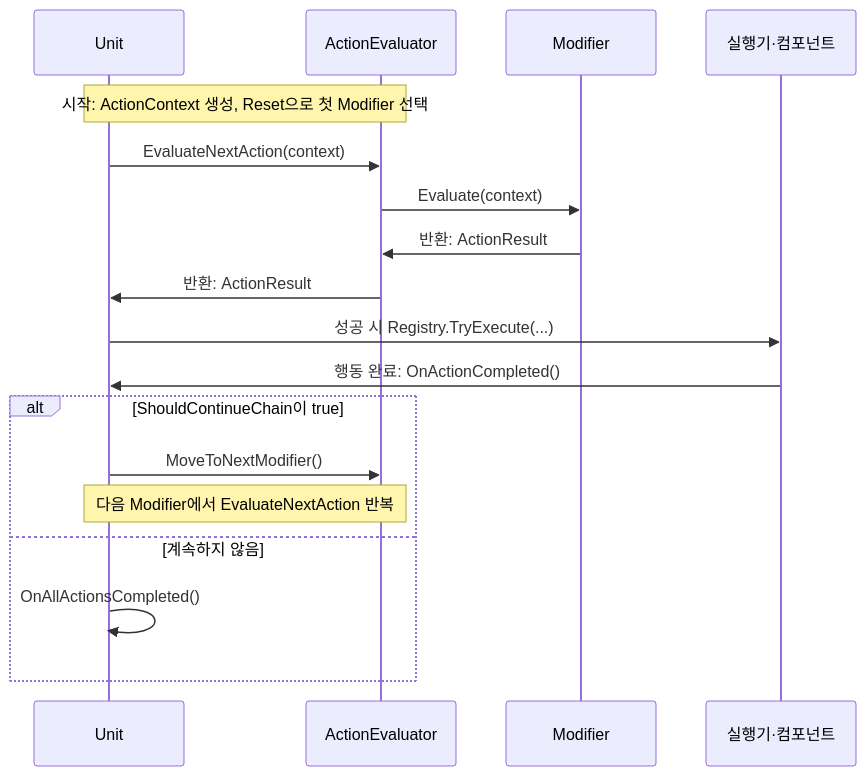
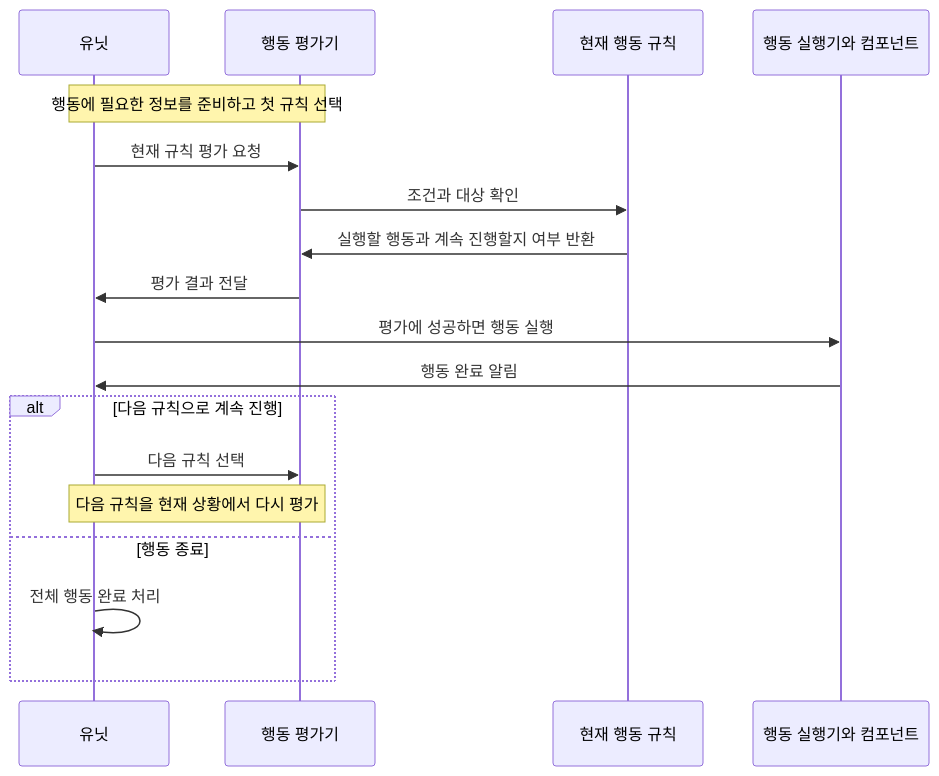
The first of 4 diagrams in README.md (als79gur49/2025-2TeamProject-code-portfolio), drawn with Mermaid before and after one commit. The commit also changed other lines of this file, not shown here.

````diff
--- a/README.md
+++ b/README.md
@@ -23,20 +25,20 @@
 ```mermaid
 sequenceDiagram
-    participant U as Unit
-    participant E as ActionEvaluator
-    participant M as Modifier
-    participant X as 실행기·컴포넌트
-    Note over U,E: 시작: ActionContext 생성, Reset으로 첫 Modifier 선택
-    U->>E: EvaluateNextAction(context)
-    E->>M: Evaluate(context)
-    M->>E: 반환: ActionResult
-    E->>U: 반환: ActionResult
-    U->>X: 성공 시 Registry.TryExecute(...)
-    X->>U: 행동 완료: OnActionCompleted()
-    alt ShouldContinueChain이 true
-        U->>E: MoveToNextModifier()
-        Note over U,E: 다음 Modifier에서 EvaluateNextAction 반복
-    else 계속하지 않음
-        U->>U: OnAllActionsCompleted()
+    participant U as 유닛
+    participant E as 행동 평가기
+    participant M as 현재 행동 규칙
+    participant X as 행동 실행기와 컴포넌트
+    Note over U,E: 행동에 필요한 정보를 준비하고 첫 규칙 선택
+    U->>E: 현재 규칙 평가 요청
+    E->>M: 조건과 대상 확인
+    M->>E: 실행할 행동과 계속 진행할지 여부 반환
+    E->>U: 평가 결과 전달
+    U->>X: 평가에 성공하면 행동 실행
+    X->>U: 행동 완료 알림
+    alt 다음 규칙으로 계속 진행
+        U->>E: 다음 규칙 선택
+        Note over U,E: 다음 규칙을 현재 상황에서 다시 평가
+    else 행동 종료
+        U->>U: 전체 행동 완료 처리
     end
 ```
````
